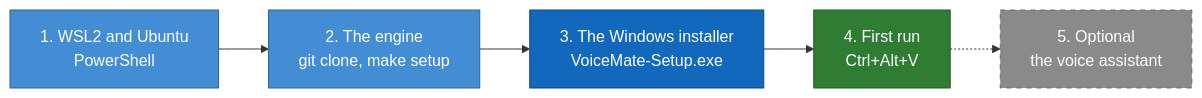
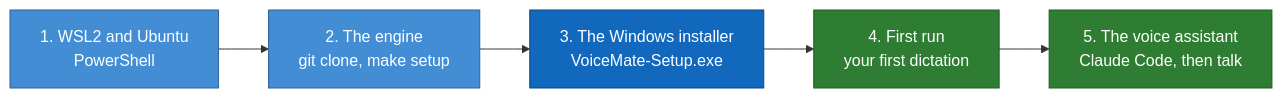
Before and after one commit to nano-br/voice-mate: the diagram in docs/install-guide.md, drawn with Mermaid. The commit also changed other lines of this file and 29 other files, not shown here.

````diff
--- a/docs/install-guide.md
+++ b/docs/install-guide.md
@@ -13,16 +13,14 @@
 ```mermaid
 flowchart LR
     s1["1. WSL2 and Ubuntu<br/>PowerShell"] --> s2["2. The engine<br/>git clone, make setup"]
     s2 --> s3["3. The Windows installer<br/>VoiceMate-Setup.exe"]
-    s3 --> s4["4. First run<br/>Ctrl+Alt+V"]
-    s4 -.-> s5["5. Optional<br/>the voice assistant"]
+    s3 --> s4["4. First run<br/>your first dictation"]
+    s4 --> s5["5. The voice assistant<br/>Claude Code, then talk"]
 
     classDef system fill:#1168bd,stroke:#0b4884,color:#ffffff
     classDef container fill:#438dd5,stroke:#2e6295,color:#ffffff
     classDef ok fill:#2e7d32,stroke:#1b5e20,color:#ffffff
-    classDef optional fill:#8a8a8a,stroke:#6b6b6b,color:#ffffff,stroke-dasharray:5 5
     class s1,s2 container
     class s3 system
-    class s4 ok
-    class s5 optional
+    class s4,s5 ok
 ```
````
